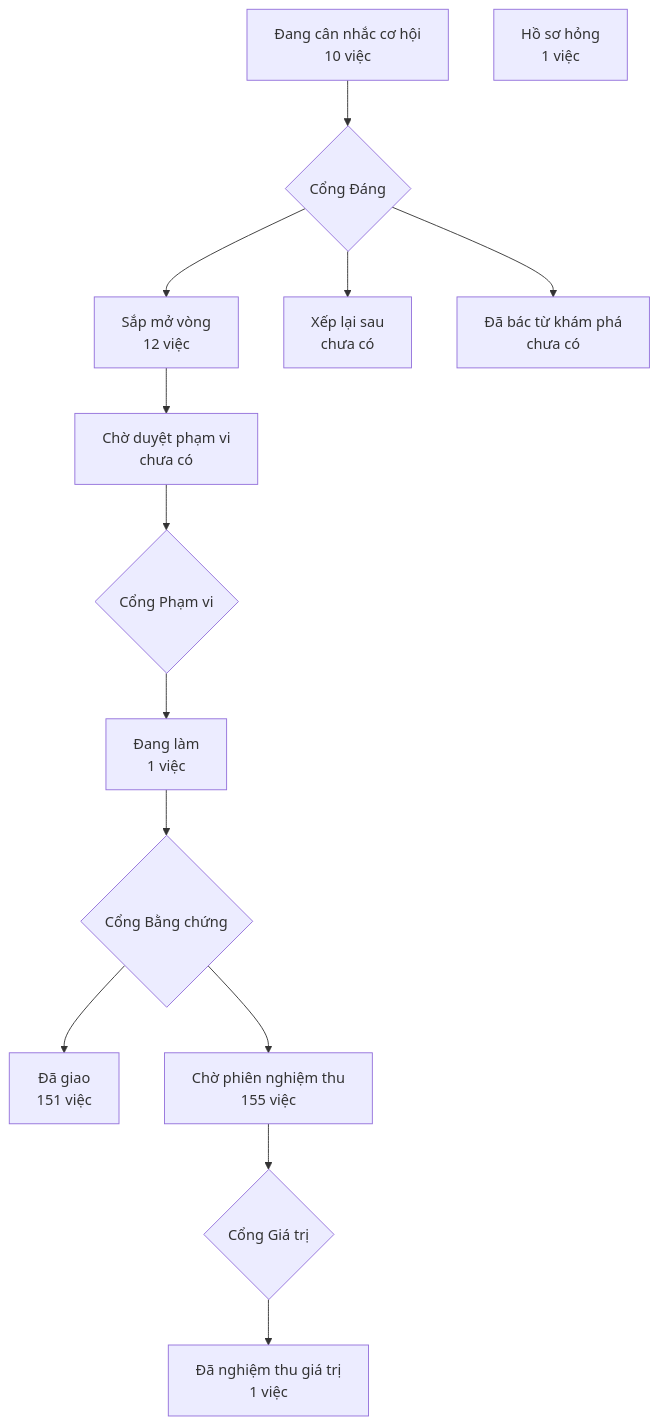
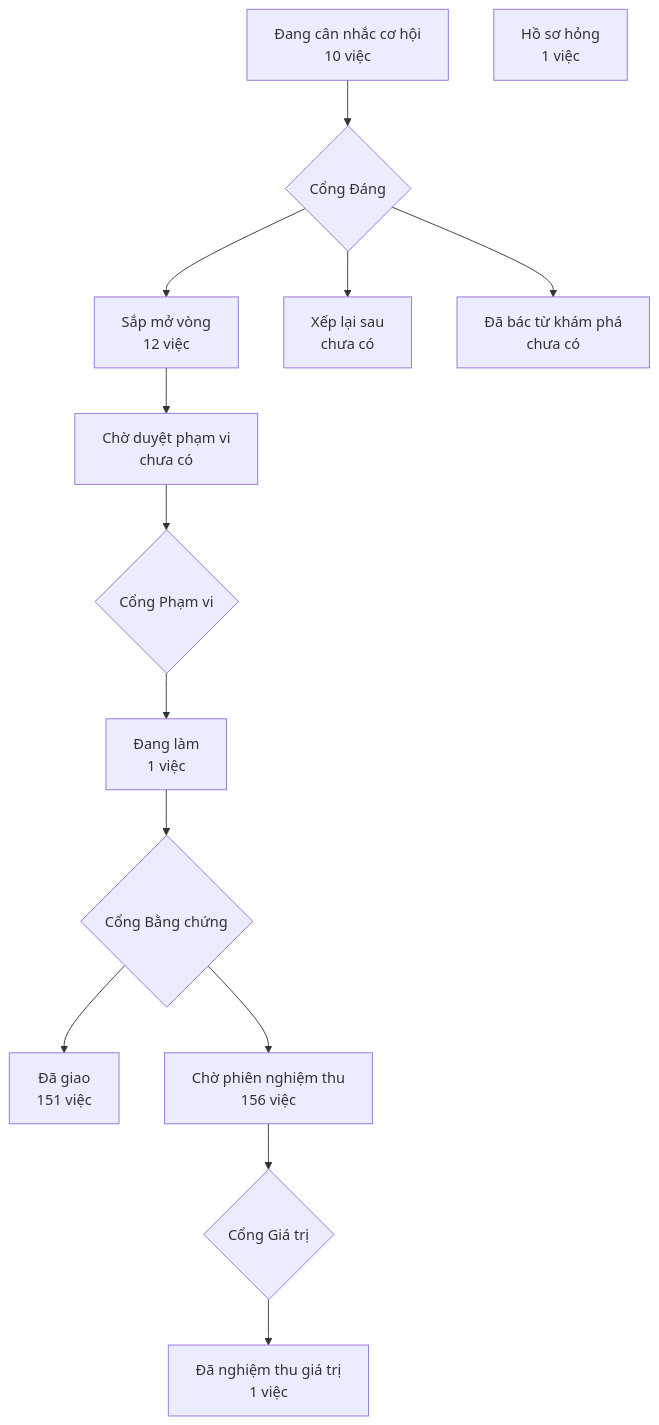
The diagram in PRODUCT-MAP.md (phanlemanh/crm-onehub), drawn with Mermaid before and after one commit. The commit also changed 1 other file, not shown here.

Commit message:
chore(vo-khu-muc-tieu): vẽ lại bản đồ sau gộp onehub fb58ef972

````diff
--- a/PRODUCT-MAP.md
+++ b/PRODUCT-MAP.md
@@ -7,13 +7,13 @@
 ```mermaid
 flowchart TD
   A["Đang cân nhắc cơ hội<br/>10 việc"] --> GD{"Cổng Đáng"}
   GD --> B["Sắp mở vòng<br/>12 việc"]
   GD --> XL["Xếp lại sau<br/>chưa có"]
   GD --> DB["Đã bác từ khám phá<br/>chưa có"]
   B --> CD["Chờ duyệt phạm vi<br/>chưa có"] --> GP{"Cổng Phạm vi"}
   GP --> DL["Đang làm<br/>1 việc"] --> GB{"Cổng Bằng chứng"}
   GB --> DG["Đã giao<br/>151 việc"]
-  GB --> CN["Chờ phiên nghiệm thu<br/>155 việc"] --> GG{"Cổng Giá trị"}
+  GB --> CN["Chờ phiên nghiệm thu<br/>156 việc"] --> GG{"Cổng Giá trị"}
   GG --> NT["Đã nghiệm thu giá trị<br/>1 việc"]
   HS["Hồ sơ hỏng<br/>1 việc"]
 ```
````
